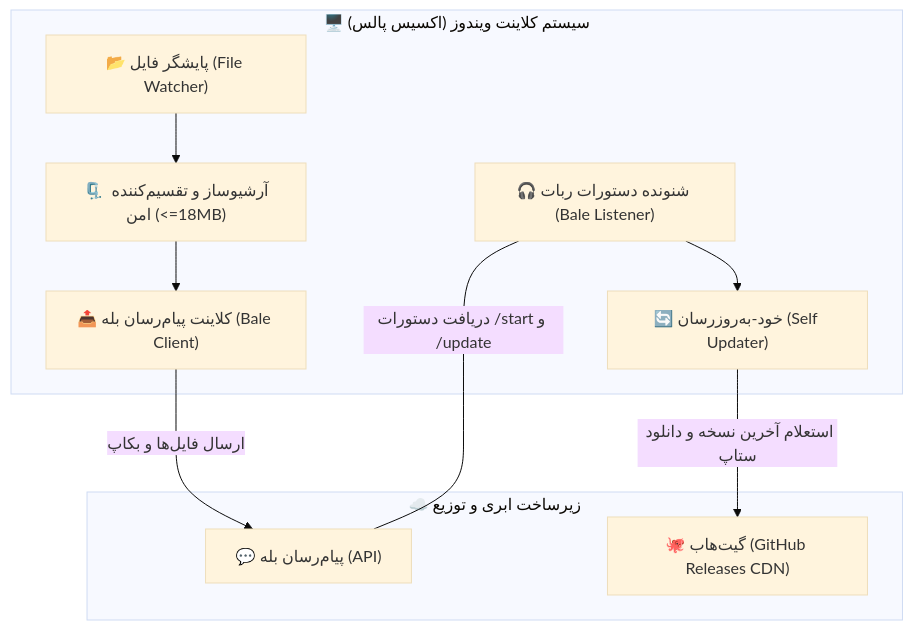
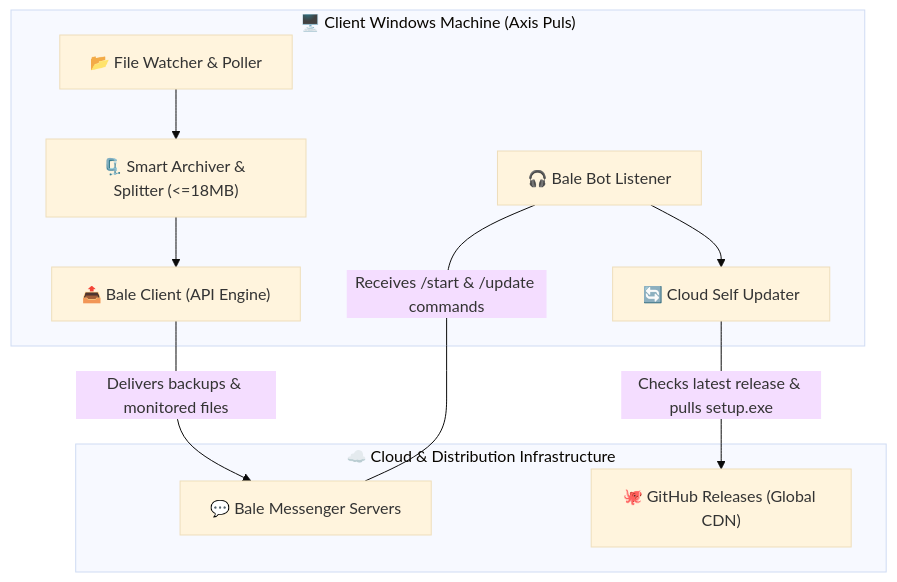
One commit to axispuls/axispuls1 changed the diagram in README.md. Above: the diagram before and after it, drawn with Mermaid (base theme). The commit also changed other lines of this file, not shown here.

````diff
--- a/README.md
+++ b/README.md
@@ -24,17 +27,17 @@
 ```mermaid
 flowchart TD
-    subgraph Client ["🖥️ سیستم کلاینت ویندوز (اکسیس پالس)"]
-        FW["📂 پایشگر فایل (File Watcher)"] --> ARC["🗜️ آرشیوساز و تقسیم‌کننده امن (<=18MB)"]
-        ARC --> BC["📤 کلاینت پیام‌رسان بله (Bale Client)"]
-        BL["🎧 شنونده دستورات ربات (Bale Listener)"] --> SU["🔄 خود-به‌روزرسان (Self Updater)"]
+    subgraph Client ["🖥️ Client Windows Machine (Axis Puls)"]
+        FW["📂 File Watcher & Poller"] --> ARC["🗜️ Smart Archiver & Splitter (<=18MB)"]
+        ARC --> BC["📤 Bale Client (API Engine)"]
+        BL["🎧 Bale Bot Listener"] --> SU["🔄 Cloud Self Updater"]
     end
 
-    subgraph Cloud ["☁️ زیرساخت ابری و توزیع"]
-        Bale["💬 پیام‌رسان بله (API)"]
-        GH["🐙 گیت‌هاب (GitHub Releases CDN)"]
+    subgraph Cloud ["☁️ Cloud & Distribution Infrastructure"]
+        Bale["💬 Bale Messenger Servers"]
+        GH["🐙 GitHub Releases (Global CDN)"]
     end
 
-    BC -->|ارسال فایل‌ها و بکاپ| Bale
-    BL <---|دریافت دستورات /start و /update| Bale
-    SU -->|استعلام آخرین نسخه و دانلود ستاپ| GH
+    BC -->|Delivers backups & monitored files| Bale
+    BL <---|Receives /start & /update commands| Bale
+    SU -->|Checks latest release & pulls setup.exe| GH
 ```
````
